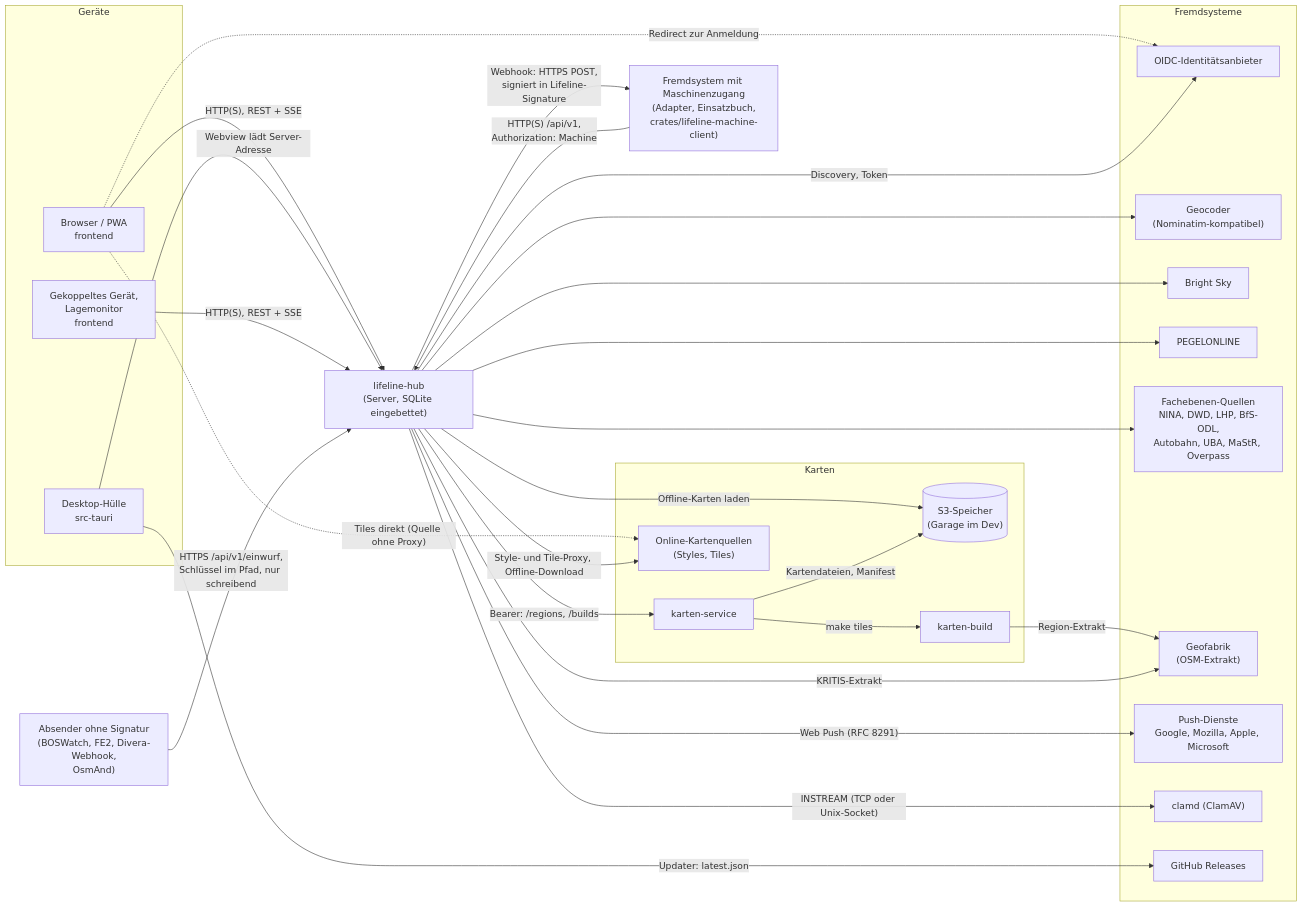
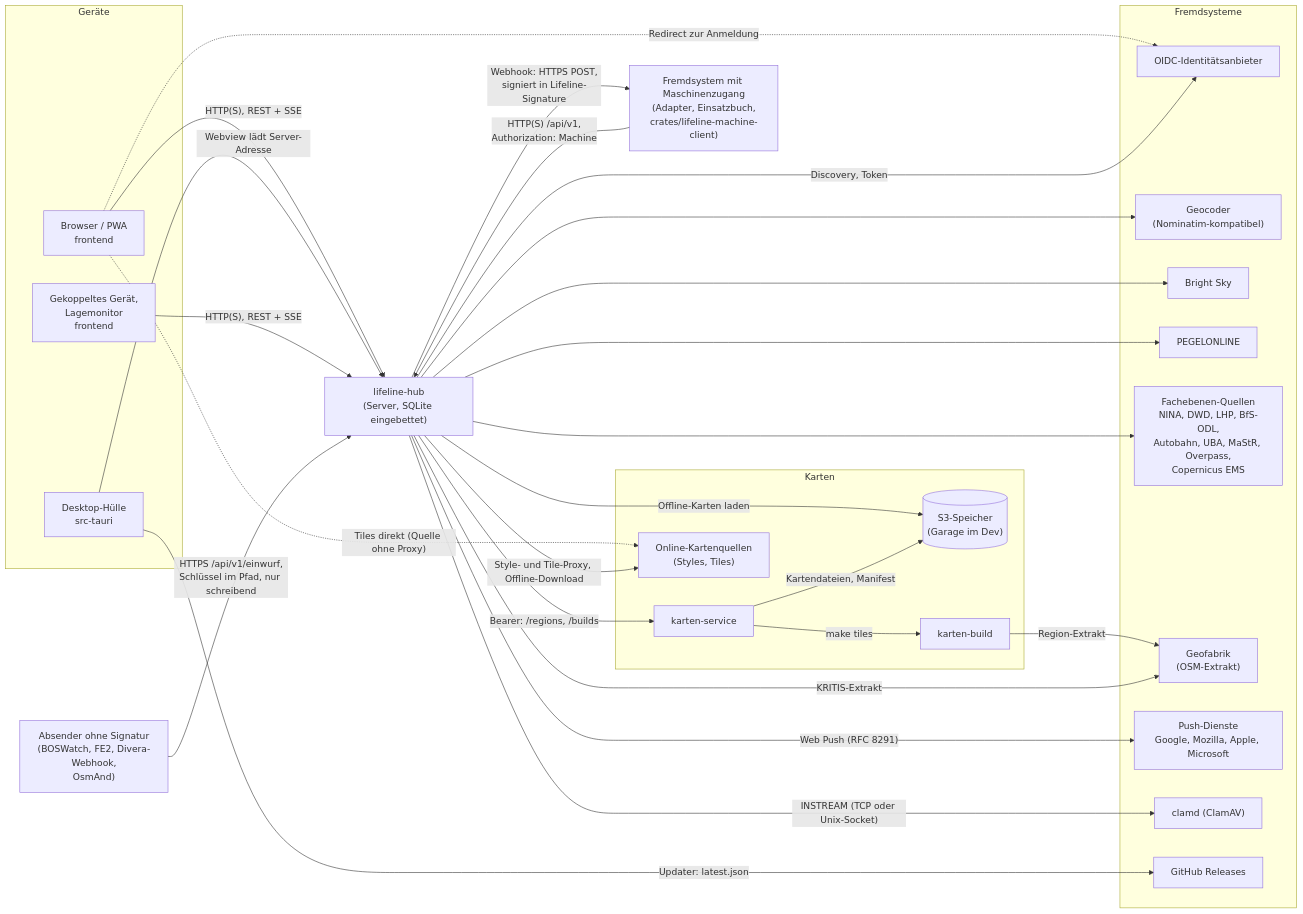
Before and after one commit to rubenvitt/lifeline-hub: the diagram in docs/architektur/03-kontextabgrenzung.md, drawn with Mermaid. The commit also changed other lines of this file and 3 other files, not shown here.

First line of the commit message:
docs: Copernicus EMS in Quellenliste, Anwenderkapitel und Architektur

````diff
--- a/docs/architektur/03-kontextabgrenzung.md
+++ b/docs/architektur/03-kontextabgrenzung.md
@@ -28,57 +28,57 @@
 ```mermaid
 flowchart LR
   subgraph geraete["Geräte"]
     browser["Browser / PWA<br/>frontend"]
     huelle["Desktop-Hülle<br/>src-tauri"]
     geraet["Gekoppeltes Gerät,<br/>Lagemonitor<br/>frontend"]
   end
 
   maschine["Fremdsystem mit Maschinenzugang<br/>(Adapter, Einsatzbuch,<br/>crates/lifeline-machine-client)"]
   absender["Absender ohne Signatur<br/>(BOSWatch, FE2, Divera-Webhook,<br/>OsmAnd)"]
 
   hub["lifeline-hub<br/>(Server, SQLite eingebettet)"]
 
   subgraph karten["Karten"]
     ks["karten-service"]
     s3[("S3-Speicher<br/>(Garage im Dev)")]
     kb["karten-build"]
     online["Online-Kartenquellen<br/>(Styles, Tiles)"]
   end
 
   subgraph fremd["Fremdsysteme"]
     idp["OIDC-Identitätsanbieter"]
     nominatim["Geocoder<br/>(Nominatim-kompatibel)"]
     brightsky["Bright Sky"]
     pegel["PEGELONLINE"]
-    fach["Fachebenen-Quellen<br/>NINA, DWD, LHP, BfS-ODL,<br/>Autobahn, UBA, MaStR, Overpass"]
+    fach["Fachebenen-Quellen<br/>NINA, DWD, LHP, BfS-ODL,<br/>Autobahn, UBA, MaStR, Overpass,<br/>Copernicus EMS"]
     geofabrik["Geofabrik<br/>(OSM-Extrakt)"]
     push["Push-Dienste<br/>Google, Mozilla, Apple, Microsoft"]
     clamd["clamd (ClamAV)"]
     gh["GitHub Releases"]
   end
 
   browser -- "HTTP(S), REST + SSE" --> hub
   huelle -- "Webview lädt Server-Adresse" --> hub
   geraet -- "HTTP(S), REST + SSE" --> hub
   maschine -- "HTTP(S) /api/v1,<br/>Authorization: Machine" --> hub
   absender -- "HTTPS /api/v1/einwurf,<br/>Schlüssel im Pfad, nur schreibend" --> hub
   browser -. "Redirect zur Anmeldung" .-> idp
   browser -. "Tiles direkt (Quelle ohne Proxy)" .-> online
   huelle -- "Updater: latest.json" --> gh
 
   hub -- "Discovery, Token" --> idp
   hub -- "Style- und Tile-Proxy, Offline-Download" --> online
   hub -- "Bearer: /regions, /builds" --> ks
   hub -- "Offline-Karten laden" --> s3
   ks -- "Kartendateien, Manifest" --> s3
   ks -- "make tiles" --> kb
   kb -- "Region-Extrakt" --> geofabrik
   hub --> nominatim
   hub --> brightsky
   hub --> pegel
   hub --> fach
   hub -- "KRITIS-Extrakt" --> geofabrik
   hub -- "Web Push (RFC 8291)" --> push
   hub -- "Webhook: HTTPS POST,<br/>signiert in Lifeline-Signature" --> maschine
   hub -- "INSTREAM (TCP oder Unix-Socket)" --> clamd
 ```
````
